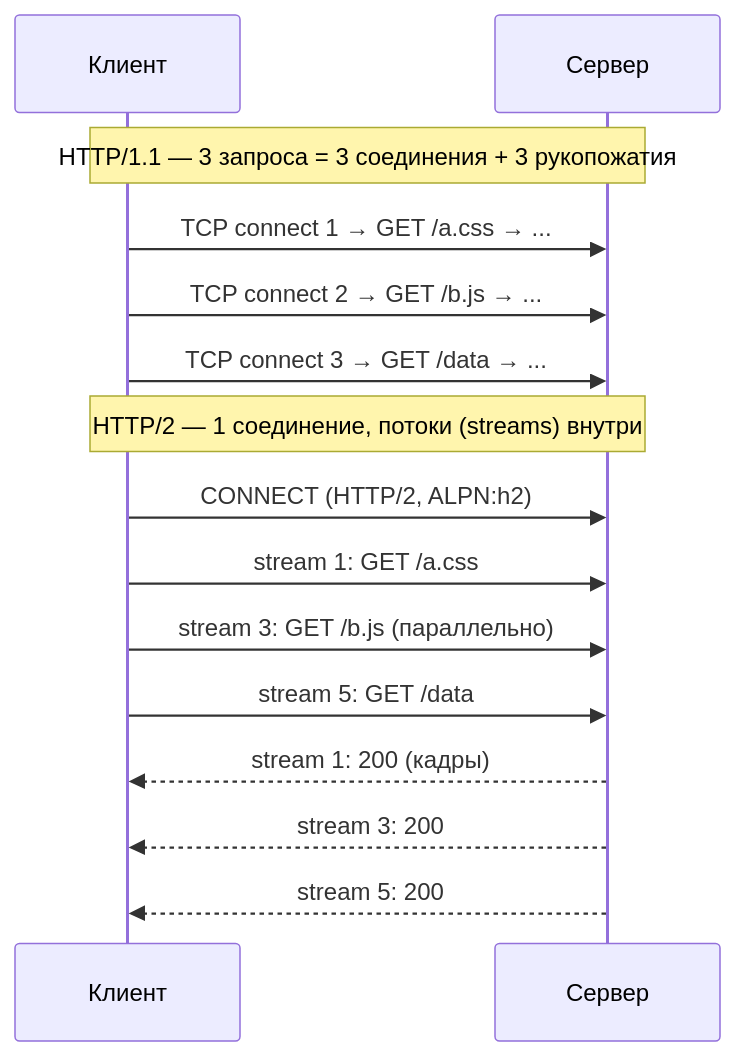
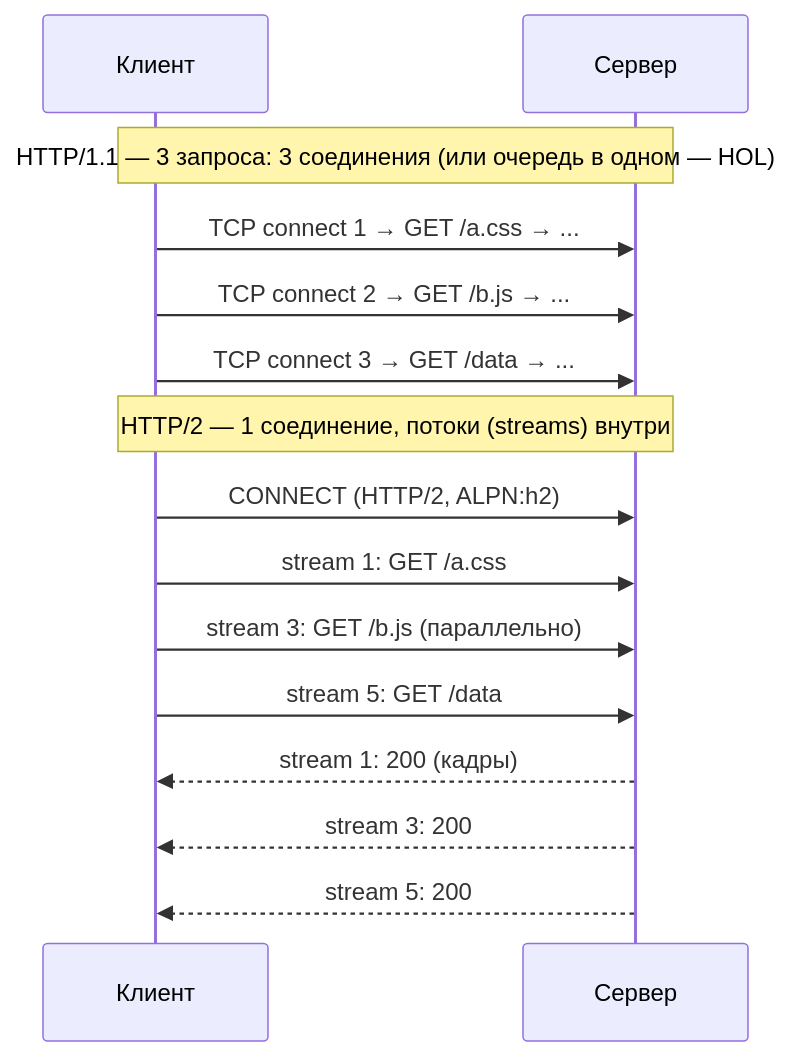
One commit to Groghrus/fullstack-core changed the first of 2 diagrams in packages/content/themes/01-protokoly-set/http-2-http-3.md. Above: the diagram before and after it, drawn with Mermaid. The commit also changed other lines of this file and 32 other files, not shown here.

````diff
--- a/packages/content/themes/01-protokoly-set/http-2-http-3.md
+++ b/packages/content/themes/01-protokoly-set/http-2-http-3.md
@@ -33,17 +33,17 @@
 ```mermaid
 sequenceDiagram
     participant C as Клиент
     participant S as Сервер
-    Note over C,S: HTTP/1.1 — 3 запроса = 3 соединения + 3 рукопожатия
+    Note over C,S: HTTP/1.1 — 3 запроса: 3 соединения (или очередь в одном — HOL)
     C->>S: TCP connect 1 → GET /a.css → ...
     C->>S: TCP connect 2 → GET /b.js → ...
     C->>S: TCP connect 3 → GET /data → ...
     Note over C,S: HTTP/2 — 1 соединение, потоки (streams) внутри
     C->>S: CONNECT (HTTP/2, ALPN:h2)
     C->>S: stream 1: GET /a.css
     C->>S: stream 3: GET /b.js (параллельно)
     C->>S: stream 5: GET /data
     S-->>C: stream 1: 200 (кадры)
     S-->>C: stream 3: 200
     S-->>C: stream 5: 200
 ```
````
